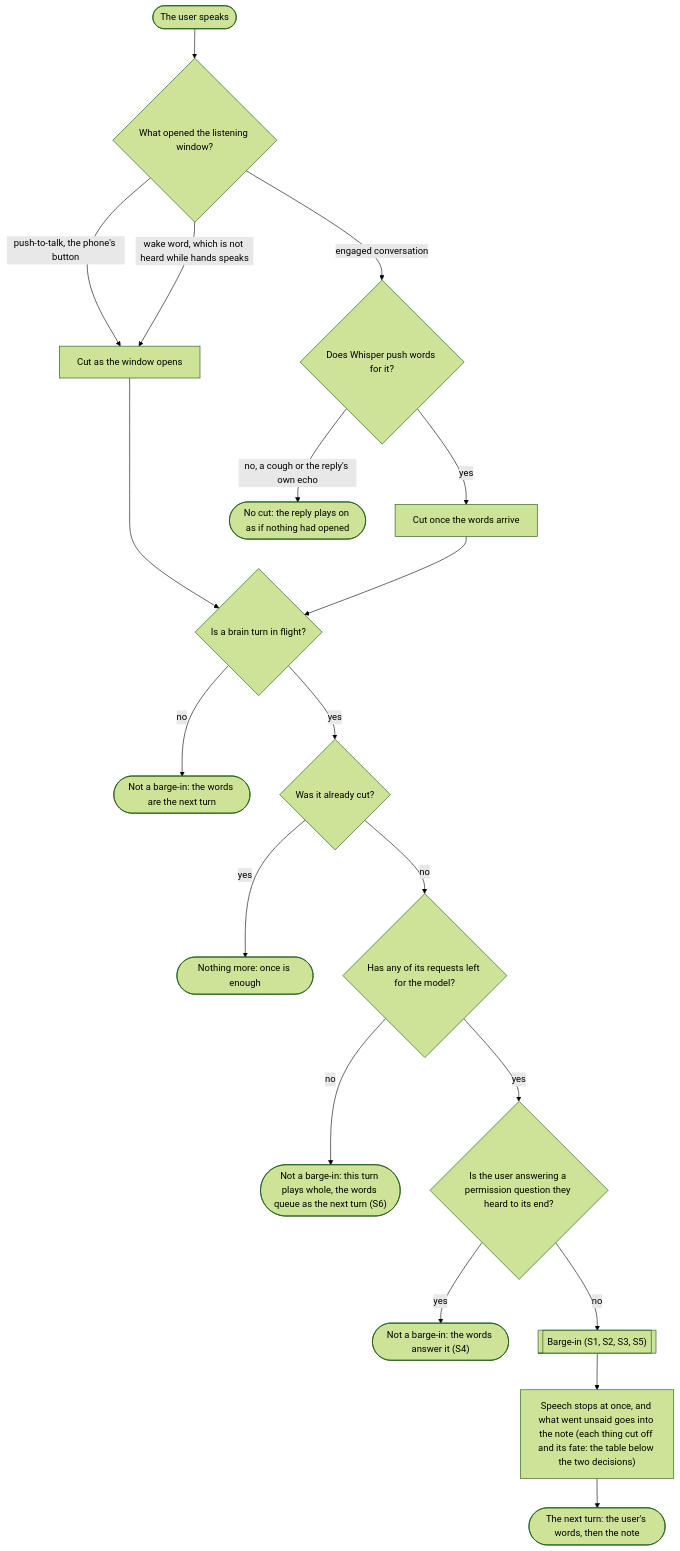
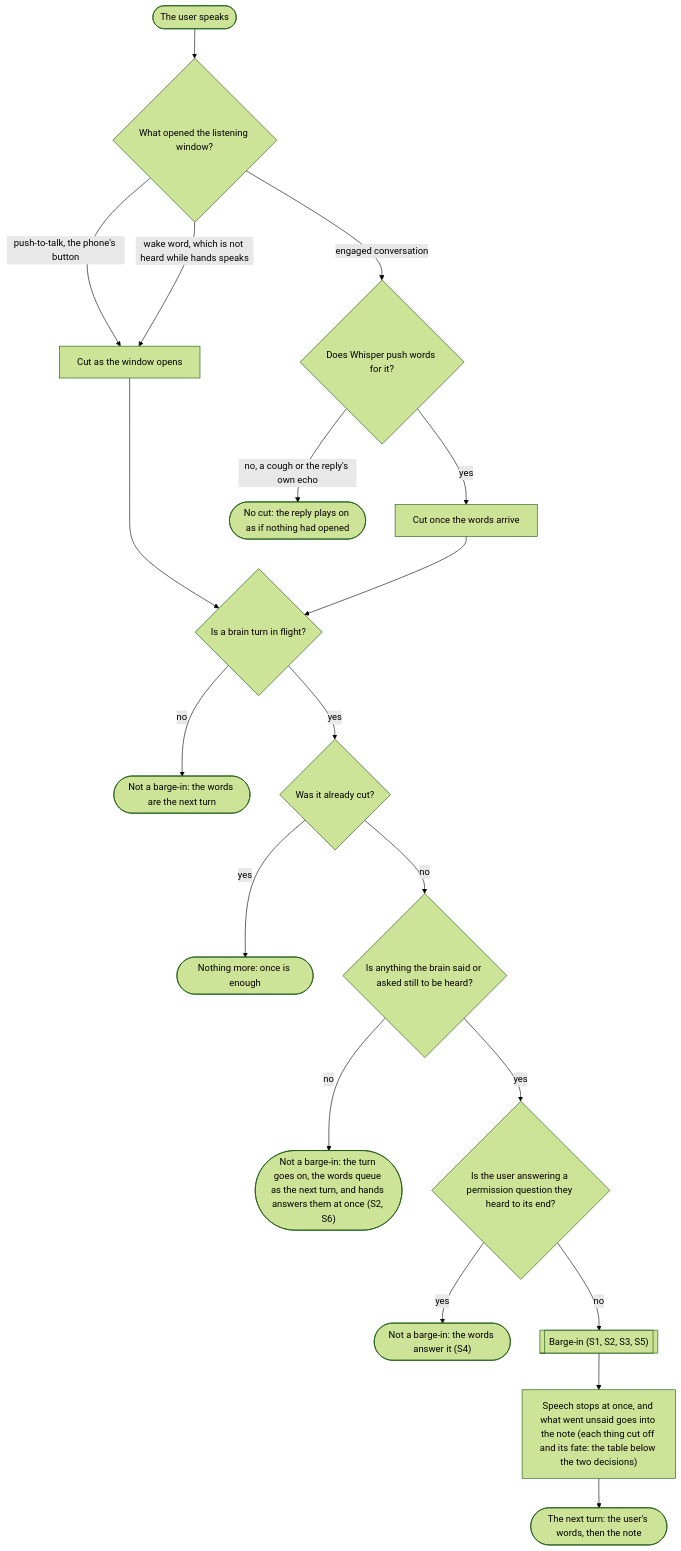
One commit to promptctl/cc-hands changed the first of 7 diagrams in docs/barge-in.md. Above: the diagram before and after it, drawn with Mermaid (forest theme). The commit also changed other lines of this file and 3 other files, not shown here.

First line of the commit message:
brain: words said while the brain works in silence are not a barge-in, and hands answers them at once (promptctl-barge-in-duao.51y)

````diff
--- a/docs/barge-in.md
+++ b/docs/barge-in.md
@@ -54,21 +54,21 @@
 ```mermaid
 flowchart TD
     speak(["The user speaks"]) --> opened{"What opened the listening window?"}
     opened -- "push-to-talk, the phone's button" --> now["Cut as the window opens"]
     opened -- "wake word, which is not heard while hands speaks" --> now
     opened -- "engaged conversation" --> whisper{"Does Whisper push words for it?"}
     whisper -- "yes" --> words["Cut once the words arrive"]
     whisper -- "no, a cough or the reply's own echo" --> nocut(["No cut: the reply plays on as if nothing had opened"])
     now --> inflight{"Is a brain turn in flight?"}
     words --> inflight
     inflight -- "no" --> nextturn(["Not a barge-in: the words are the next turn"])
     inflight -- "yes" --> again{"Was it already cut?"}
     again -- "yes" --> once(["Nothing more: once is enough"])
-    again -- "no" --> left{"Has any of its requests left for the model?"}
-    left -- "no" --> queue(["Not a barge-in: this turn plays whole, the words queue as the next turn (S6)"])
+    again -- "no" --> left{"Is anything the brain said or asked still to be heard?"}
+    left -- "no" --> queue(["Not a barge-in: the turn goes on, the words queue as the next turn, and hands answers them at once (S2, S6)"])
     left -- "yes" --> heard{"Is the user answering a permission question they heard to its end?"}
     heard -- "yes" --> answer(["Not a barge-in: the words answer it (S4)"])
     heard -- "no" --> barge[["Barge-in (S1, S2, S3, S5)"]]
     barge --> fates["Speech stops at once, and what went unsaid goes into the note (each thing cut off and its fate: the table below the two decisions)"]
     fates --> note(["The next turn: the user's words, then the note"])
 ```
````
